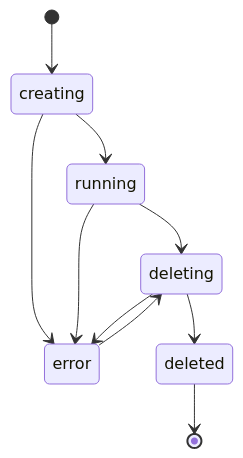
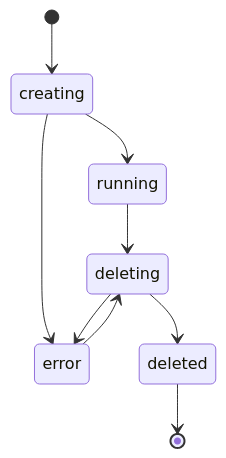
Before and after one commit to GnomeZworc/two-mirror: the diagram in docs/concepts/cycle-de-vie.rst, drawn with Mermaid. The commit also changed other lines of this file and 29 other files, not shown here.

```diff
--- a/docs/concepts/cycle-de-vie.rst
+++ b/docs/concepts/cycle-de-vie.rst
@@ -6,12 +6,11 @@
 .. mermaid::
 
    stateDiagram-v2
      [*] --> creating
      creating --> running
      creating --> error
      running --> deleting
-     running --> error
      deleting --> deleted
      deleting --> error
      error --> deleting
      deleted --> [*]
```
